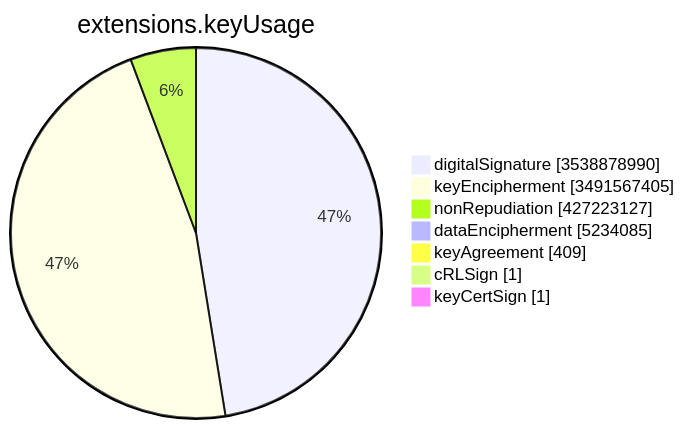
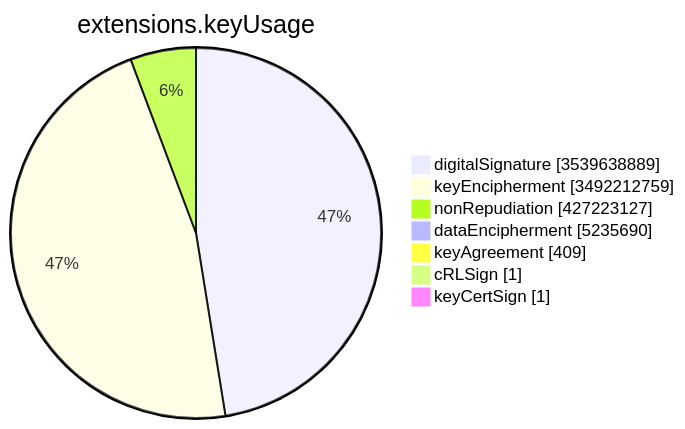
One commit to christiankrug/ctmonitor_visualization changed the sixth of 15 diagrams in TOTAL/README.md. Above: the diagram before and after it, drawn with Mermaid. The commit also changed other lines of this file, not shown here.

````diff
--- a/TOTAL/README.md
+++ b/TOTAL/README.md
@@ -3083,11 +3083,11 @@
 ```mermaid
 pie showData
 title extensions.keyUsage
-"digitalSignature" :3538878990
-"keyEncipherment" :3491567405
+"digitalSignature" :3539638889
+"keyEncipherment" :3492212759
 "nonRepudiation" :427223127
-"dataEncipherment" :5234085
+"dataEncipherment" :5235690
 "keyAgreement" :409
 "cRLSign" :1
 "keyCertSign" :1
 ```
````
